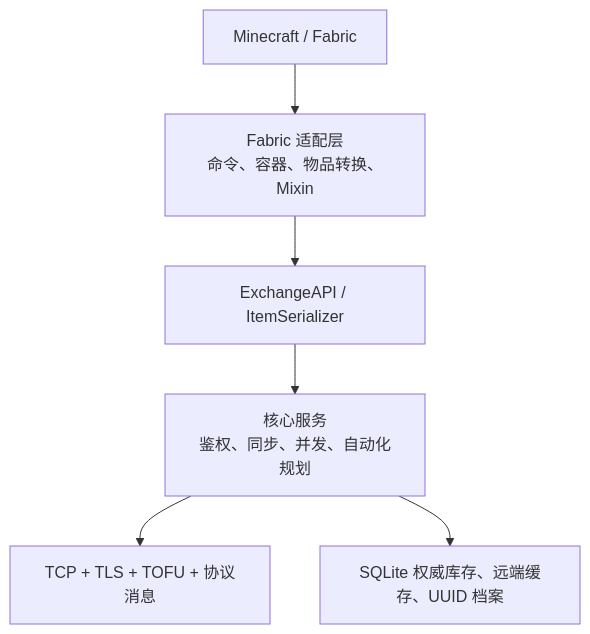
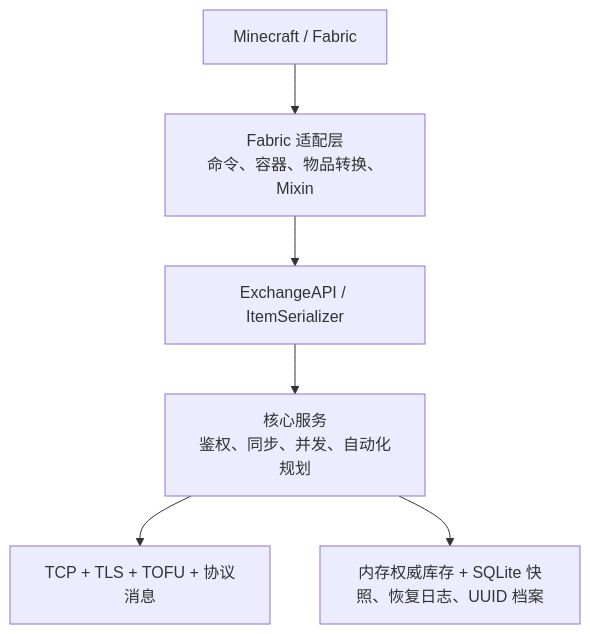
Before and after one commit to water2004/TheExchange: the first of 3 diagrams in docs/ARCHITECTURE.md, drawn with Mermaid. The commit also changed other lines of this file and 132 other files, not shown here.

````diff
--- a/docs/ARCHITECTURE.md
+++ b/docs/ARCHITECTURE.md
@@ -22,8 +23,8 @@
 ```mermaid
 flowchart TB
     MC["Minecraft / Fabric"] --> Adapter["Fabric 适配层\n命令、容器、物品转换、Mixin"]
     Adapter --> API["ExchangeAPI / ItemSerializer"]
     API --> Core["核心服务\n鉴权、同步、并发、自动化规划"]
     Core --> Net["TCP + TLS + TOFU + 协议消息"]
-    Core --> Store["SQLite 权威库存、远端缓存、UUID 档案"]
+    Core --> Store["内存权威库存 + SQLite 快照、恢复日志、UUID 档案"]
 ```
````
